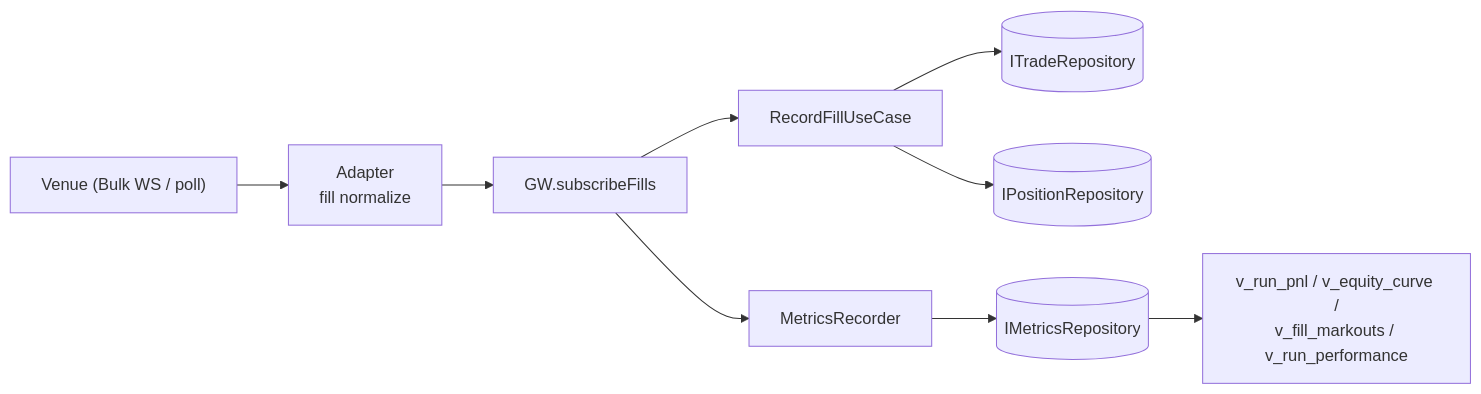
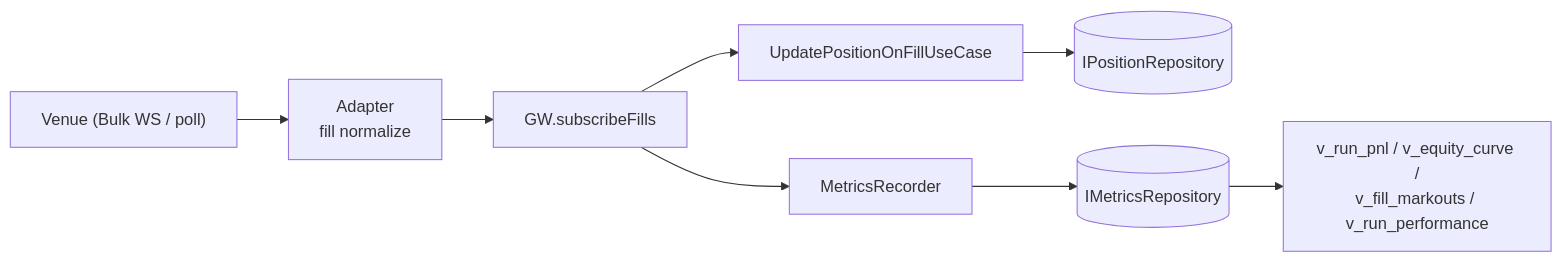
Before and after one commit to posaune0423/simple-mm-bot: the eighth of 8 diagrams in docs/ARCHITECTURE.md, drawn with Mermaid. The commit also changed other lines of this file and 51 other files, not shown here.

````diff
--- a/docs/ARCHITECTURE.md
+++ b/docs/ARCHITECTURE.md
@@ -314,12 +307,11 @@
 ```mermaid
 flowchart LR
     Venue["Venue (Bulk WS / poll)"] --> AdpFill["Adapter\nfill normalize"]
     AdpFill --> Listener["GW.subscribeFills"]
-    Listener --> RFU["RecordFillUseCase"]
-    RFU --> TradeRepo[("ITradeRepository")]
-    RFU --> PosRepo[("IPositionRepository")]
+    Listener --> UPU["UpdatePositionOnFillUseCase"]
+    UPU --> PosRepo[("IPositionRepository")]
 
     Listener --> Metrics["MetricsRecorder"]
     Metrics --> FactRepo[("IMetricsRepository")]
     FactRepo --> Views["v_run_pnl / v_equity_curve /\nv_fill_markouts / v_run_performance"]
 ```
````
